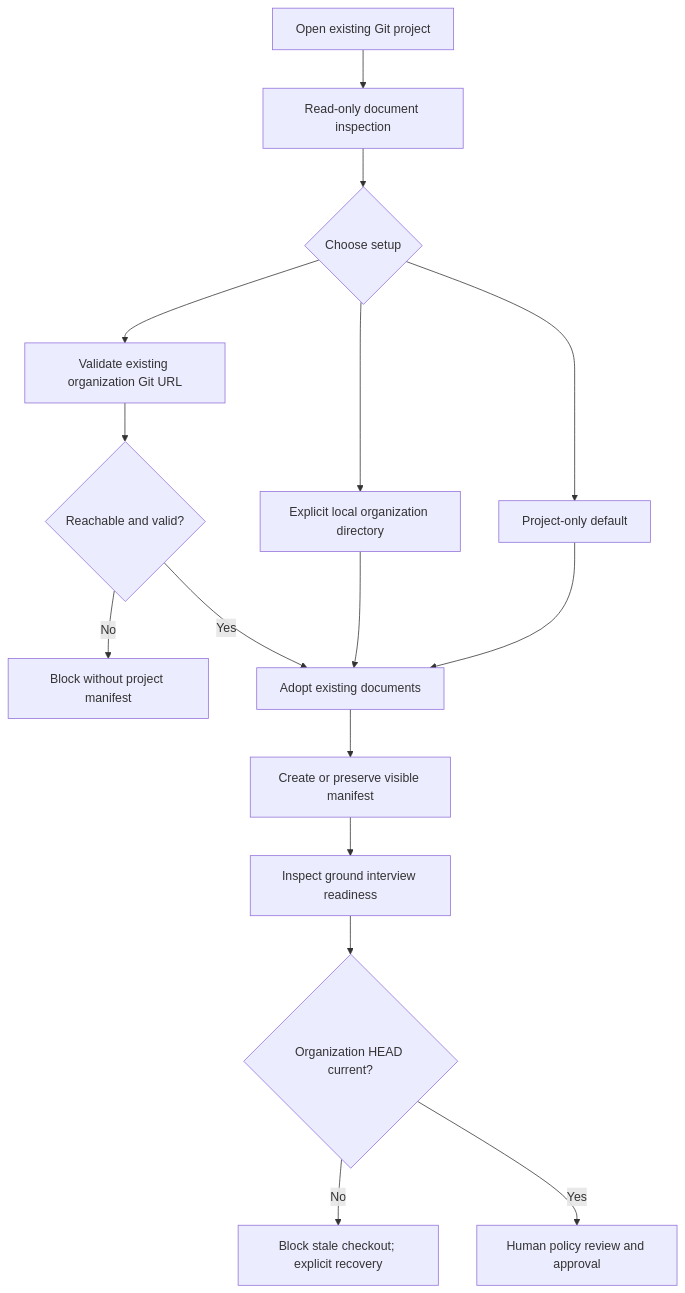
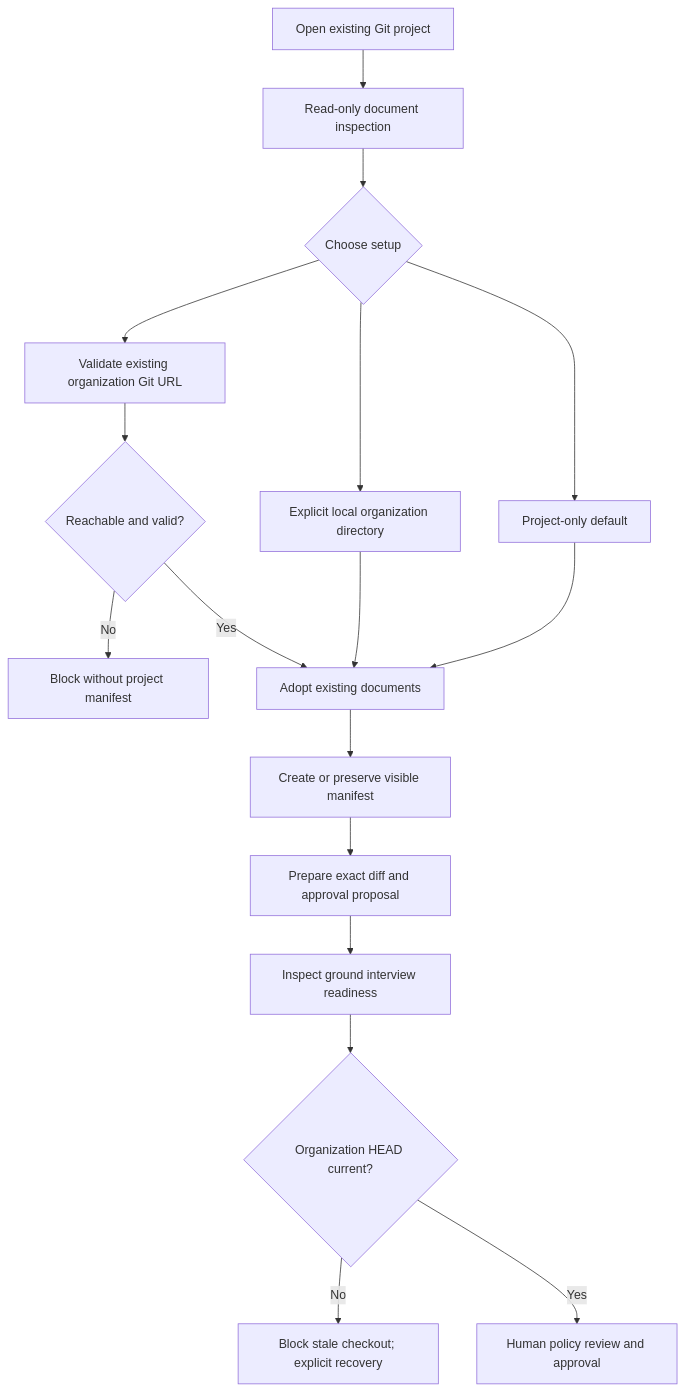
One commit to wgentil/devflow changed the second of 2 diagrams in skills/project-context/GUIDE.md. Above: the diagram before and after it, drawn with Mermaid. The commit also changed other lines of this file and 10 other files, not shown here.

````diff
--- a/skills/project-context/GUIDE.md
+++ b/skills/project-context/GUIDE.md
@@ -132,18 +132,19 @@
 ```mermaid
 flowchart TD
     Open[Open existing Git project] --> Inspect[Read-only document inspection]
     Inspect --> Choice{Choose setup}
     Choice --> Project[Project-only default]
     Choice --> Attach[Validate existing organization Git URL]
     Choice --> Create[Explicit local organization directory]
     Attach --> Valid{Reachable and valid?}
     Valid -->|No| Block[Block without project manifest]
     Valid -->|Yes| Adopt[Adopt existing documents]
     Create --> Adopt
     Project --> Adopt
     Adopt --> Manifest[Create or preserve visible manifest]
-    Manifest --> Ground[Inspect ground interview readiness]
+    Manifest --> Proposal[Prepare exact diff and approval proposal]
+    Proposal --> Ground[Inspect ground interview readiness]
     Ground --> Fresh{Organization HEAD current?}
     Fresh -->|No| Recover[Block stale checkout; explicit recovery]
     Fresh -->|Yes| Human[Human policy review and approval]
 ```
````
